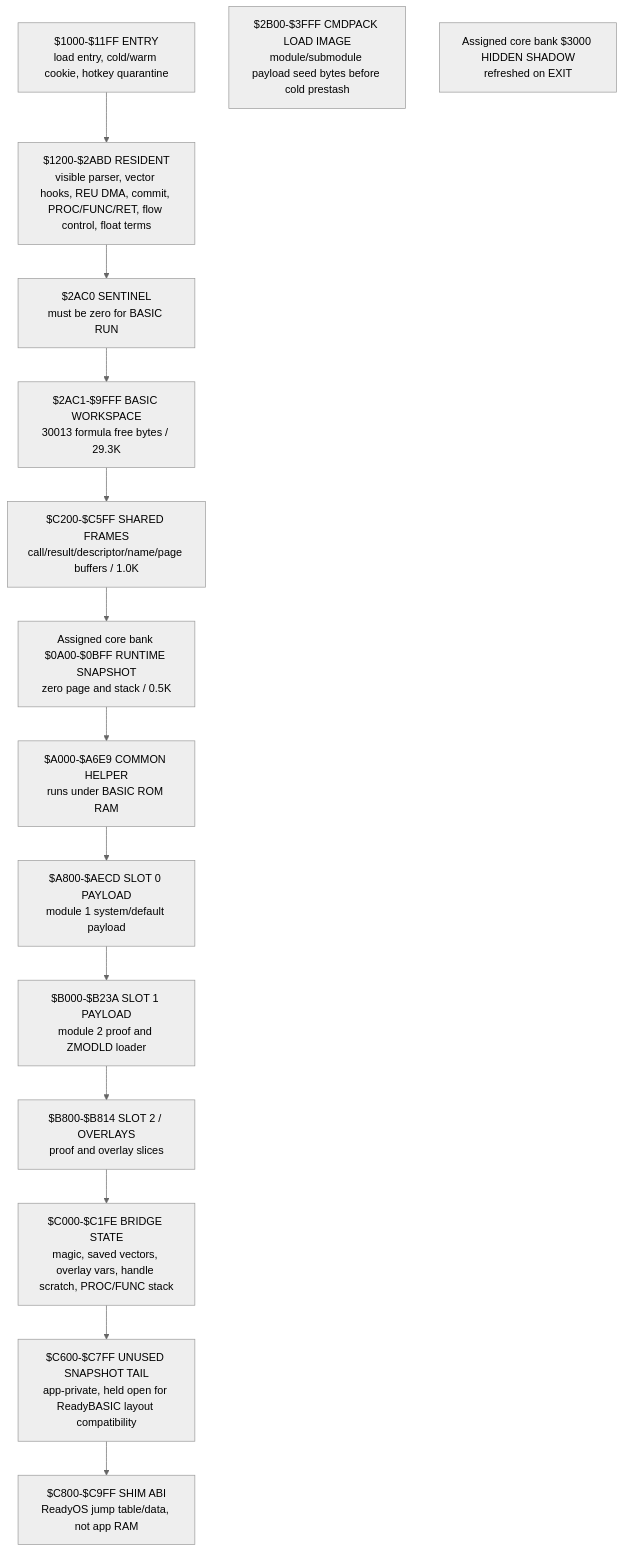
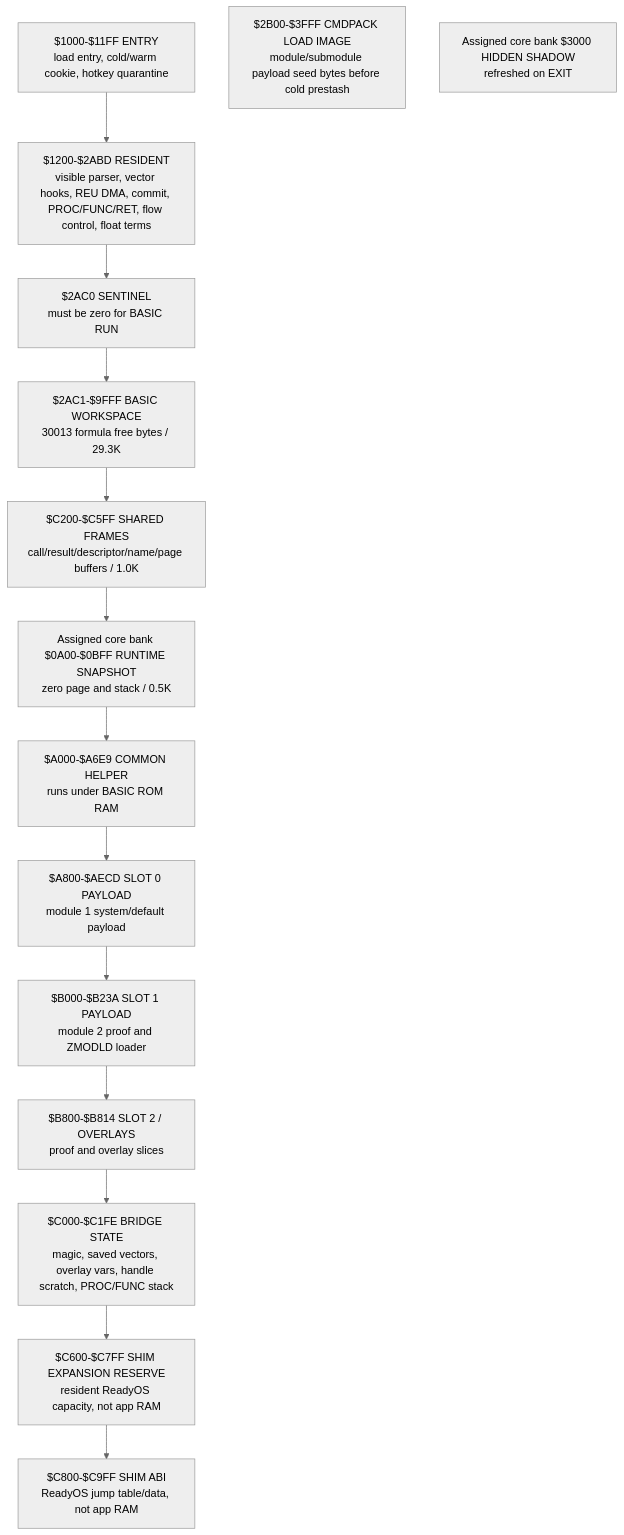
One commit to ReadyOS-C64/ReadyOs changed the first of 8 diagrams in src/apps/readybasic/READYBASIC_LIFECYCLE_AND_REU_ARCHITECTURE.md. Above: the diagram before and after it, drawn with Mermaid (neutral theme). The commit also changed other lines of this file and 109 other files, not shown here.

````diff
--- a/src/apps/readybasic/READYBASIC_LIFECYCLE_AND_REU_ARCHITECTURE.md
+++ b/src/apps/readybasic/READYBASIC_LIFECYCLE_AND_REU_ARCHITECTURE.md
@@ -140,21 +140,21 @@
 ```mermaid
 flowchart TB
   A["$1000-$11FF ENTRY<br/>load entry, cold/warm cookie, hotkey quarantine"]
   B["$1200-$2ABD RESIDENT<br/>visible parser, vector hooks, REU DMA, commit, PROC/FUNC/RET, flow control, float terms"]
   C["$2AC0 SENTINEL<br/>must be zero for BASIC RUN"]
   D["$2AC1-$9FFF BASIC WORKSPACE<br/>30013 formula free bytes / 29.3K"]
   E["$2B00-$3FFF CMDPACK LOAD IMAGE<br/>module/submodule payload seed bytes before cold prestash"]
   F["Assigned core bank $0A00-$0BFF RUNTIME SNAPSHOT<br/>zero page and stack / 0.5K"]
   G["$C200-$C5FF SHARED FRAMES<br/>call/result/descriptor/name/page buffers / 1.0K"]
   I["Assigned core bank $3000 HIDDEN SHADOW<br/>refreshed on EXIT"]
   J["$A000-$A6E9 COMMON HELPER<br/>runs under BASIC ROM RAM"]
   K["$A800-$AECD SLOT 0 PAYLOAD<br/>module 1 system/default payload"]
   O["$B000-$B23A SLOT 1 PAYLOAD<br/>module 2 proof and ZMODLD loader"]
   P["$B800-$B814 SLOT 2 / OVERLAYS<br/>proof and overlay slices"]
   L["$C000-$C1FE BRIDGE STATE<br/>magic, saved vectors, overlay vars, handle scratch, PROC/FUNC stack"]
-  M["$C600-$C7FF UNUSED SNAPSHOT TAIL<br/>app-private, held open for ReadyBASIC layout compatibility"]
+  M["$C600-$C7FF SHIM EXPANSION RESERVE<br/>resident ReadyOS capacity, not app RAM"]
   N["$C800-$C9FF SHIM ABI<br/>ReadyOS jump table/data, not app RAM"]
 
   A --> B --> C --> D --> G
   G --> F --> J --> K --> O --> P --> L --> M --> N
 ```
````
